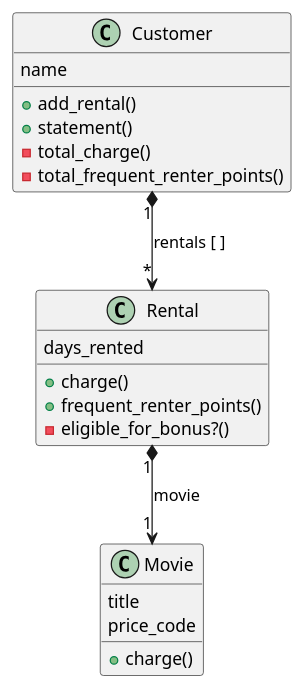
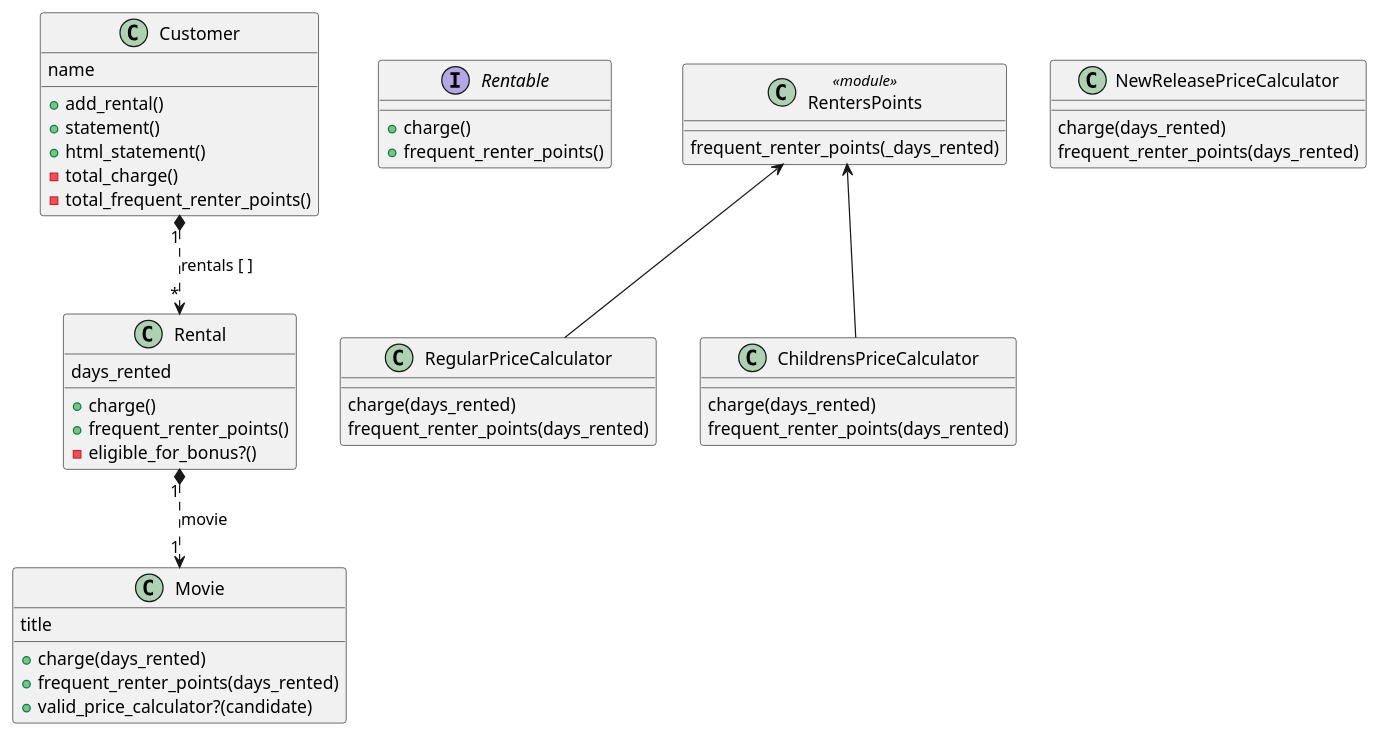
The diagram in rental_store.puml (meta-morpho-sys/RefactoringRubyEdition), drawn with PlantUML before and after one commit. The commit also changed 11 other files, not shown here.

```diff
--- a/rental_store.puml
+++ b/rental_store.puml
@@ -1,31 +1,64 @@
 @startuml
 
 class Customer {
     name
-
     +add_rental()
     +statement()
+    +html_statement()
     -total_charge()
     -total_frequent_renter_points()
+}
 
-
+interface Rentable {
+   +charge()
+   +frequent_renter_points()
 }
 
 class Rental {
 
     days_rented
     +charge()
     +frequent_renter_points()
     -eligible_for_bonus?()
 }
 
 class Movie {
     title
-    price_code
-    +charge()
+    +charge(days_rented)
+    +frequent_renter_points(days_rented)
+    +valid_price_calculator?(candidate)
 }
 
-Rental "1" *--> "1" Movie: movie
-Customer "1" *--> "*" Rental: rentals [ ]
+class RentersPoints <<module>> {
+    frequent_renter_points(_days_rented)
+}
+
+class RegularPriceCalculator {
+    charge(days_rented)
+    frequent_renter_points(days_rented)
+}
+
+class NewReleasePriceCalculator {
+    charge(days_rented)
+    frequent_renter_points(days_rented)
+}
+
+class ChildrensPriceCalculator {
+    charge(days_rented)
+    frequent_renter_points(days_rented)
+}
+
+RentersPoints <-- RegularPriceCalculator
+RentersPoints <-- ChildrensPriceCalculator
+
+Rental "1" *..> "1" Movie: movie
+Customer "1" *..> "*" Rental: rentals [ ]
+
+'TODO: Implement the Rentable interface
+'Rentable <-- Movie
+'Rentable <-- Rental
+'Rentable <-- RegularPriceCalculator
+'Rentable <-- NewReleasePriceCalculator
+'Rentable <-- ChildrensPriceCalculator
 
 @enduml
```
